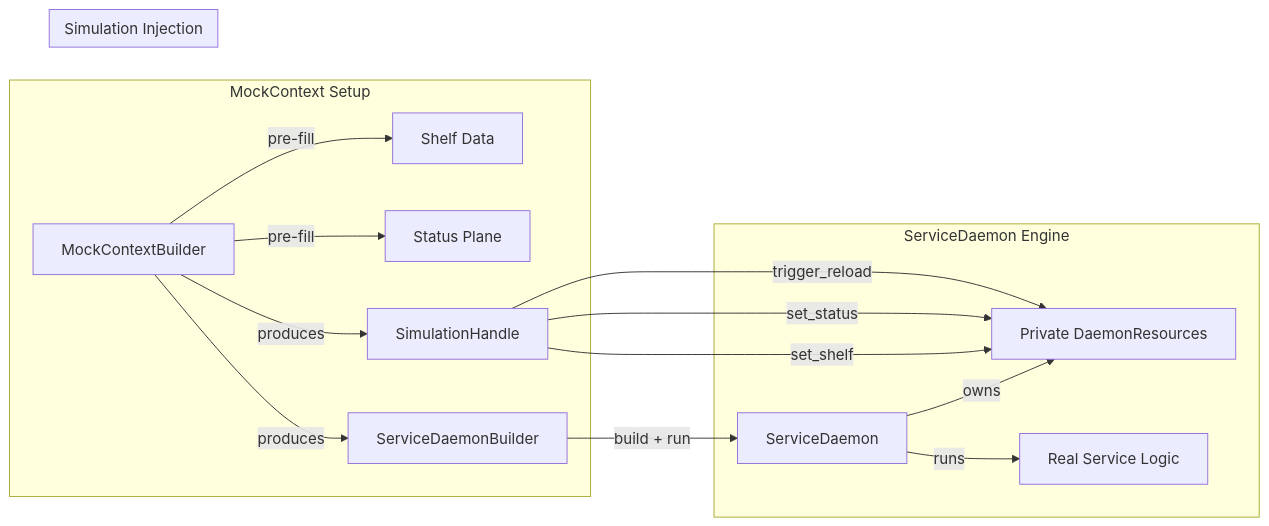
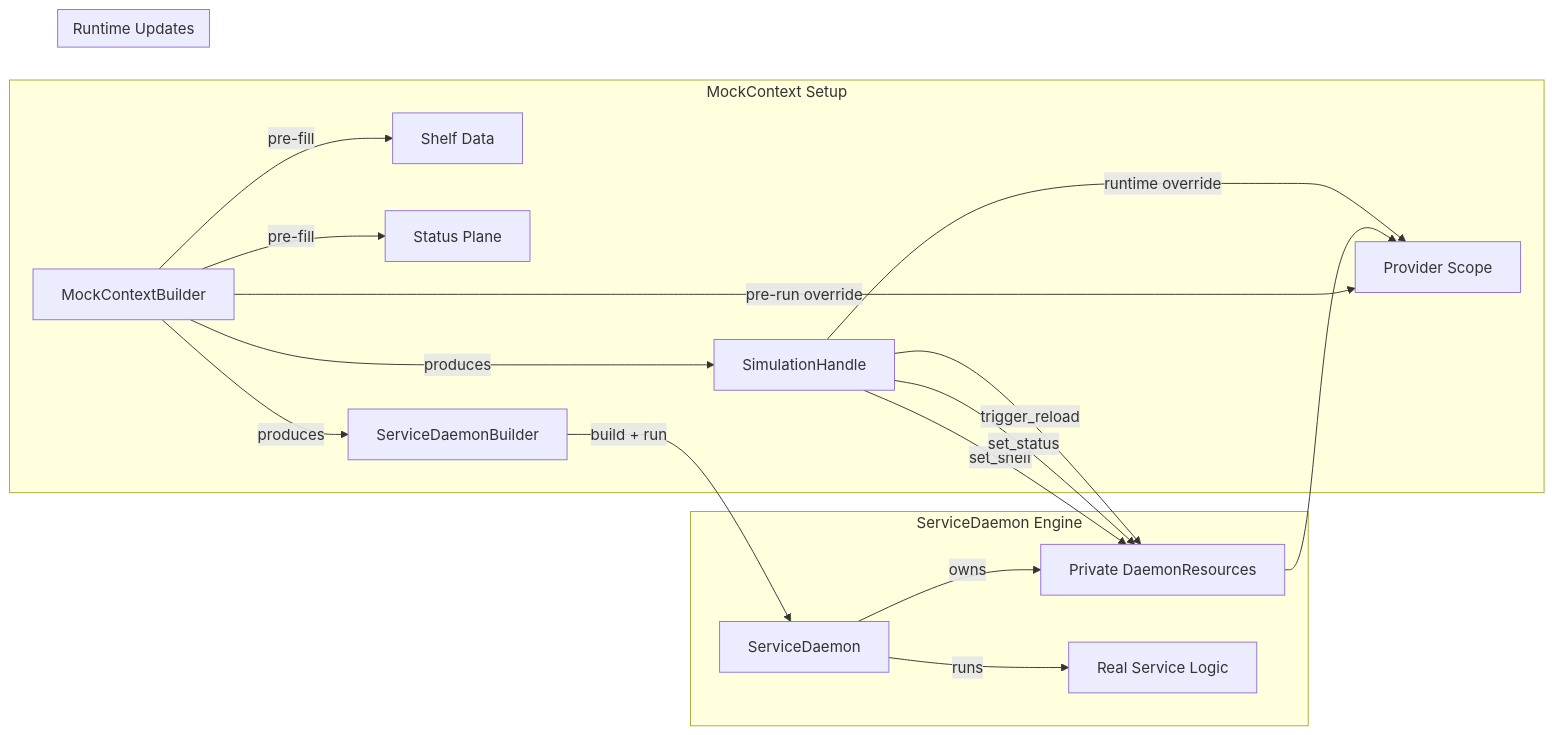
The second of 2 diagrams in docs/architecture/internal-overview.md (loft-games/service-daemon-rs), drawn with Mermaid before and after one commit. The commit also changed other lines of this file and 288 other files, not shown here.

````diff
--- a/docs/architecture/internal-overview.md
+++ b/docs/architecture/internal-overview.md
@@ -103,21 +201,24 @@
 ```mermaid
 graph LR
     subgraph MockContext_Setup ["MockContext Setup"]
         MC["MockContextBuilder"] -->|pre-fill| Shelf["Shelf Data"]
         MC -->|pre-fill| Status["Status Plane"]
+        MC -->|pre-run override| ProviderScope["Provider Scope"]
         MC -->|produces| Builder["ServiceDaemonBuilder"]
         MC -->|produces| Handle["SimulationHandle"]
     end
 
     subgraph Daemon_Execution ["ServiceDaemon Engine"]
         Builder -->|build + run| SD["ServiceDaemon"]
         SD -->|owns| Resources["Private DaemonResources"]
+        Resources --> ProviderScope
         SD -->|runs| RealSvc["Real Service Logic"]
     end
 
-    subgraph God_Hand ["Simulation Injection"]
+    subgraph Runtime_Updates ["Runtime Updates"]
         Handle -->|set_shelf| Resources
         Handle -->|set_status| Resources
         Handle -->|trigger_reload| Resources
+        Handle -->|runtime override| ProviderScope
     end
 ```
````
